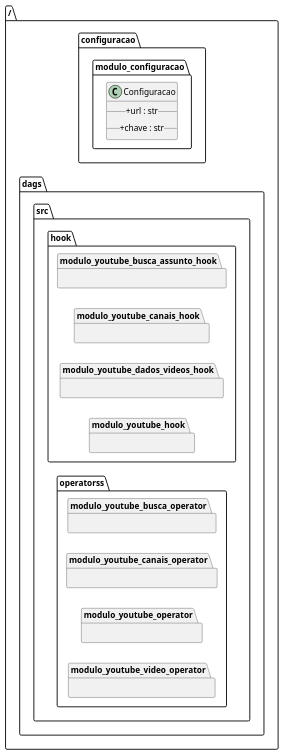
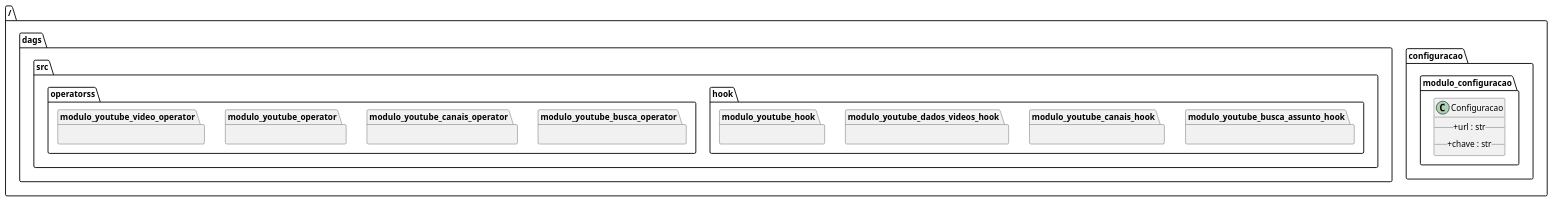
One commit to rodrigorocha1/criacao_datalake_youtube changed the diagram in diagramas/teste.plantuml. Above: the diagram before and after it, drawn with PlantUML. The commit also changed 4 other files, not shown here.

```diff
--- a/diagramas/teste.plantuml
+++ b/diagramas/teste.plantuml
@@ -1,55 +1,58 @@
 @startuml etl
-left to right direction
+
+skinparam classAttributeIconSize 0
   package / {
     package configuracao {
         package modulo_configuracao {
 
             class Configuracao {
                 __+url : str__
                 __+chave : str__
             }
 
         }
 
     }
     package dags {
         package src {
             package hook {
                 package modulo_youtube_busca_assunto_hook {
+
+
 
                 }
 
                 package modulo_youtube_canais_hook {
 
                 }
 
                 package modulo_youtube_dados_videos_hook {
 
                 }
 
                 package modulo_youtube_hook {
 
                 }
 
             }
 
             package operatorss {
                 package modulo_youtube_busca_operator  {
 
                 }
                 package modulo_youtube_canais_operator  {
 
                 }
 
                 package modulo_youtube_operator  {
 
                 }
 
                 package modulo_youtube_video_operator  {
 
                 }
             }
         }
     }
   }
 @enduml
```
